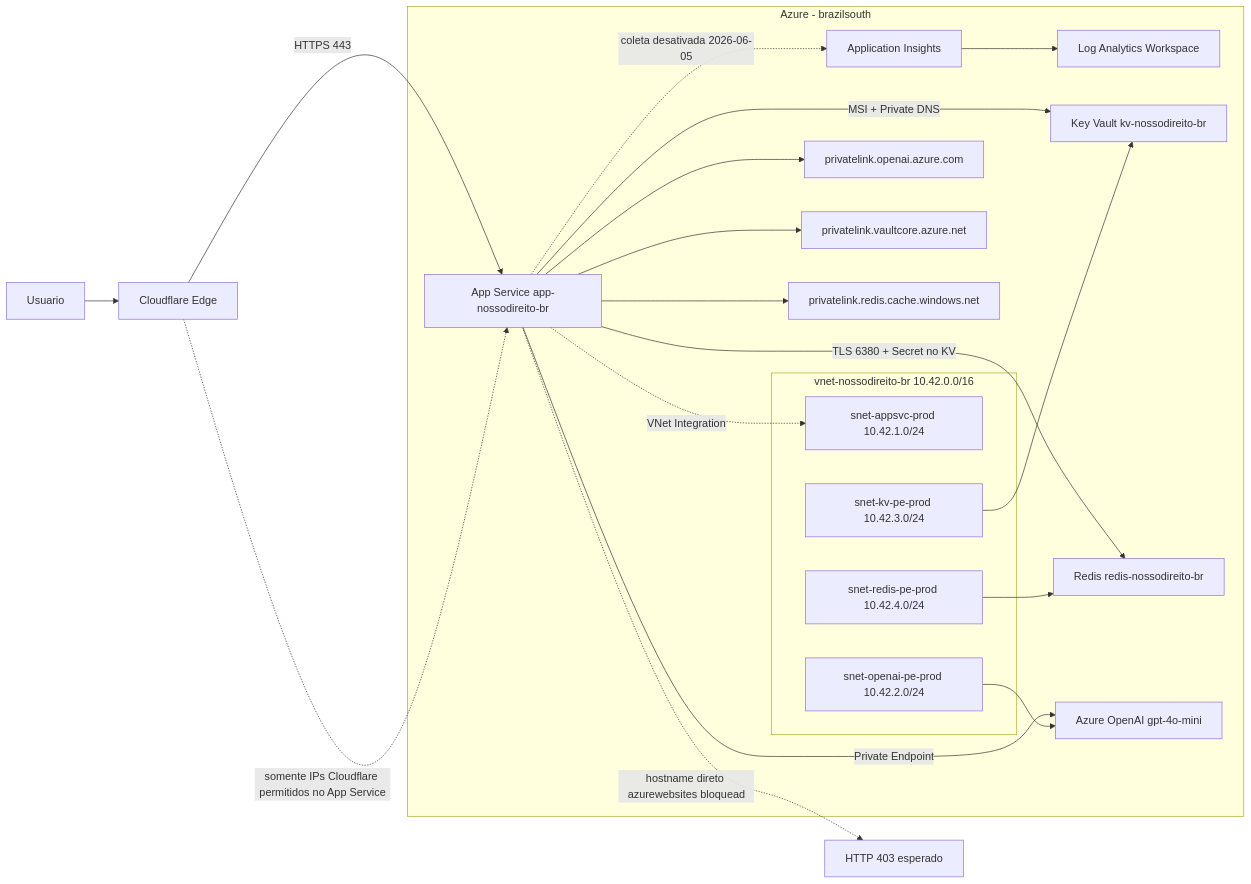
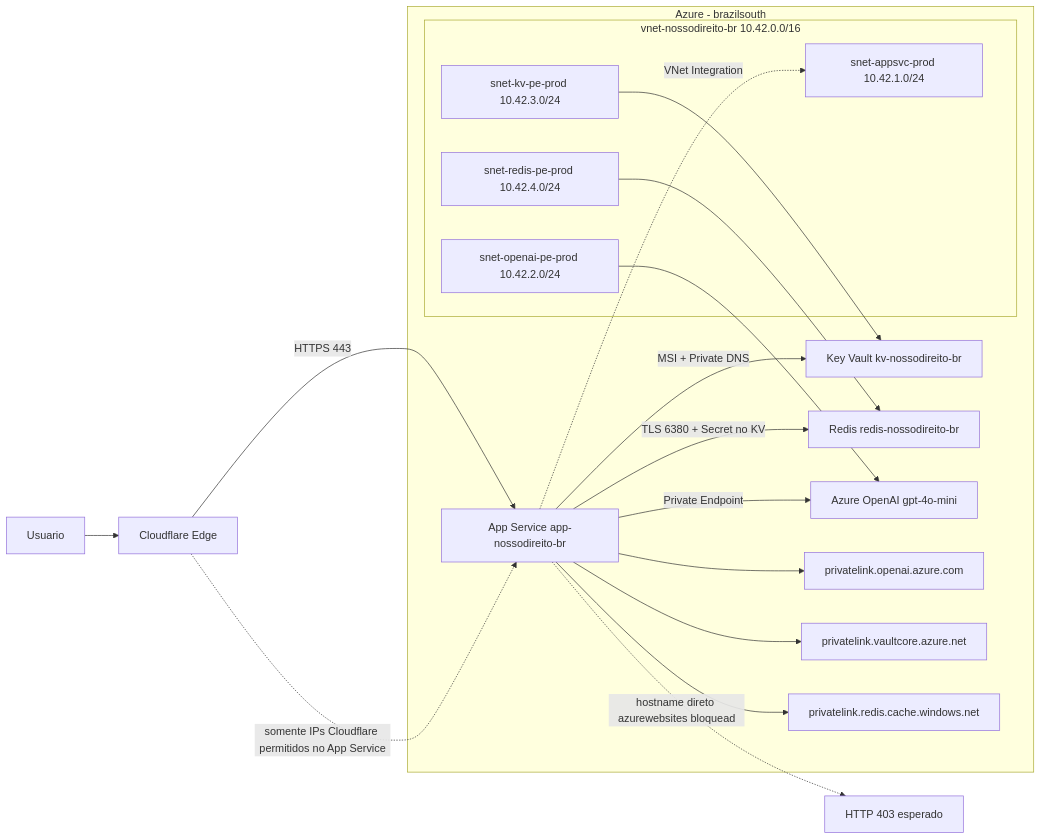
The diagram in docs/ARCHITECTURE.md (fabiotreze/nossodireito), drawn with Mermaid before and after one commit. The commit also changed other lines of this file and 19 other files, not shown here.

First line of the commit message:
chore(observability): remove application insights end-to-end

````diff
--- a/docs/ARCHITECTURE.md
+++ b/docs/ARCHITECTURE.md
@@ -39,37 +39,35 @@
 ```mermaid
 flowchart LR
 	U[Usuario] --> CF[Cloudflare Edge]
 	CF -->|HTTPS 443| APP[App Service app-nossodireito-br]
 
 	subgraph AZ[Azure - brazilsouth]
-		APP -. coleta desativada 2026-06-05 .-> AI[Application Insights]
-		AI --> LAW[Log Analytics Workspace]
 
 		subgraph VNET[vnet-nossodireito-br 10.42.0.0/16]
 			APPINT[snet-appsvc-prod 10.42.1.0/24]
 			OPEP[snet-openai-pe-prod 10.42.2.0/24]
 			KPEP[snet-kv-pe-prod 10.42.3.0/24]
 			RPEP[snet-redis-pe-prod 10.42.4.0/24]
 		end
 
 		APP -.VNet Integration.-> APPINT
 		APP -->|MSI + Private DNS| KV[Key Vault kv-nossodireito-br]
 		APP -->|TLS 6380 + Secret no KV| REDIS[Redis redis-nossodireito-br]
 		APP -->|Private Endpoint| OAI[Azure OpenAI gpt-4o-mini]
 
 		OPEP --> OAI
 		KPEP --> KV
 		RPEP --> REDIS
 
 		PDNSO[privatelink.openai.azure.com]
 		PDNSK[privatelink.vaultcore.azure.net]
 		PDNSR[privatelink.redis.cache.windows.net]
 
 		APP --> PDNSO
 		APP --> PDNSK
 		APP --> PDNSR
 	end
 
 	CF -.somente IPs Cloudflare permitidos no App Service.-> APP
 	APP -.hostname direto azurewebsites bloqueado.-> BLOCK[HTTP 403 esperado]
 ```
````
